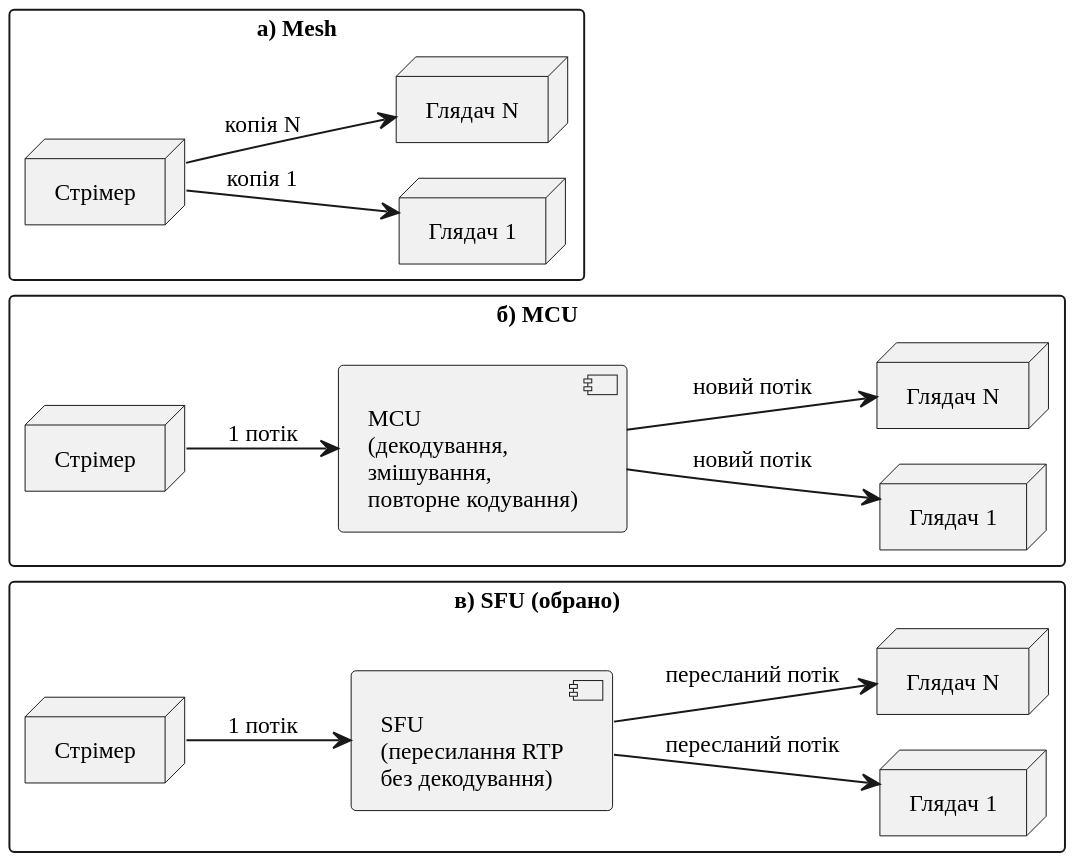
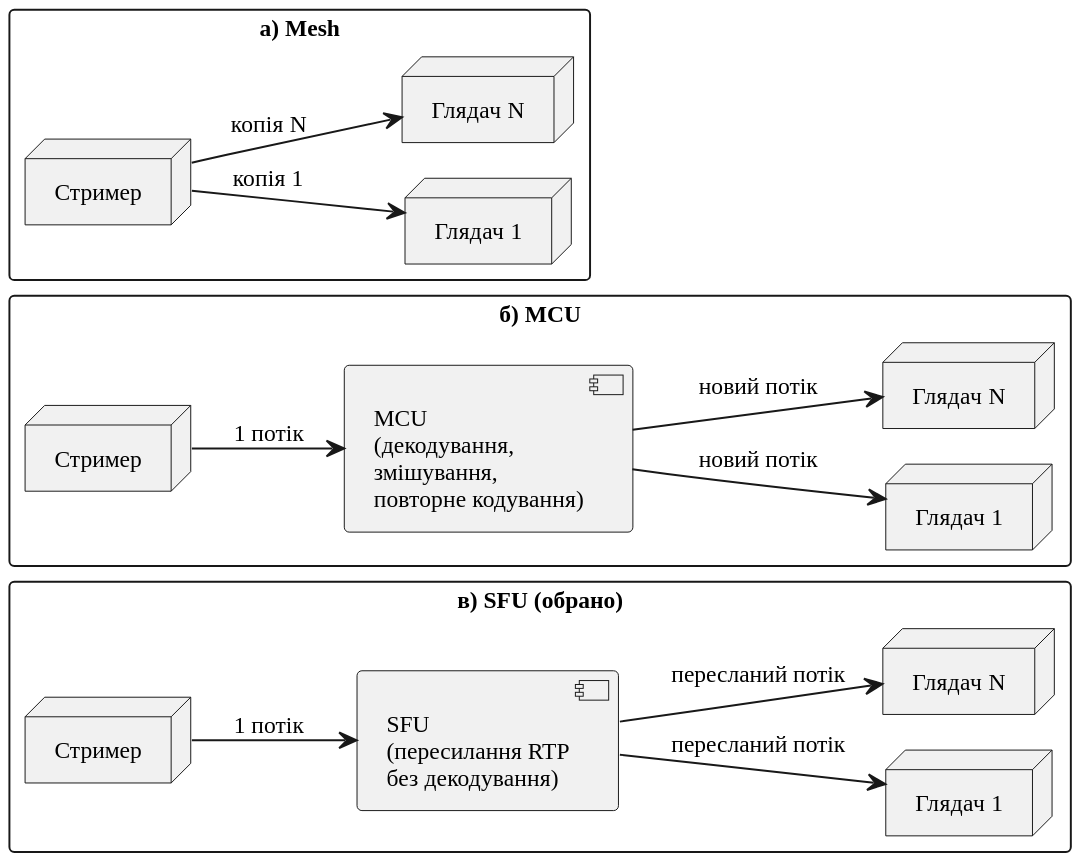
Before and after one commit to Nikitos1926/stream-share: the diagram in thesis/diagrams/fig-topologies.puml, drawn with PlantUML. The commit also changed 37 other files, not shown here.

```diff
--- a/thesis/diagrams/fig-topologies.puml
+++ b/thesis/diagrams/fig-topologies.puml
@@ -1,38 +1,38 @@
 @startuml
 !pragma layout smetana
 skinparam defaultFontName "Liberation Serif"
 skinparam dpi 200
 skinparam shadowing false
 skinparam monochrome true
 skinparam defaultFontSize 12
 skinparam packageStyle rectangle
 left to right direction
 
 package "в) SFU (обрано)" as Sfu {
-  node "Стрімер" as F_S
+  node "Стример" as F_S
   component "SFU\n(пересилання RTP\nбез декодування)" as F_M
   node "Глядач 1" as F_V1
   node "Глядач N" as F_V3
   F_S --> F_M : 1 потік
   F_M --> F_V1 : пересланий потік
   F_M --> F_V3 : пересланий потік
 }
 
 package "б) MCU" as Mcu {
-  node "Стрімер" as C_S
+  node "Стример" as C_S
   component "MCU\n(декодування,\nзмішування,\nповторне кодування)" as C_M
   node "Глядач 1" as C_V1
   node "Глядач N" as C_V3
   C_S --> C_M : 1 потік
   C_M --> C_V1 : новий потік
   C_M --> C_V3 : новий потік
 }
 
 package "а) Mesh" as Mesh {
-  node "Стрімер" as M_S
+  node "Стример" as M_S
   node "Глядач 1" as M_V1
   node "Глядач N" as M_V3
   M_S --> M_V1 : копія 1
   M_S --> M_V3 : копія N
 }
 @enduml
```
